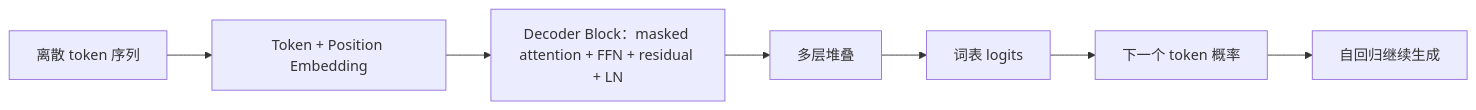
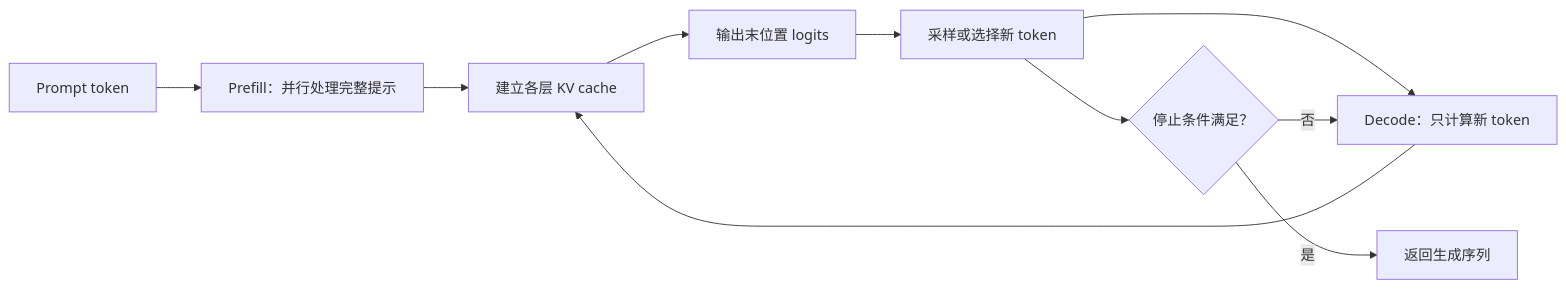
One commit to zhangqian-silk/computer-science changed the second of 2 diagrams in ai/model/gpt.md. Above: the diagram before and after it, drawn with Mermaid. The commit also changed other lines of this file and 52 other files, not shown here.

````diff
--- a/ai/model/gpt.md
+++ b/ai/model/gpt.md
@@ -28,9 +147,12 @@
 ```mermaid
 flowchart LR
-	A["离散 token 序列"] --> B["Token + Position Embedding"]
-	B --> C["Decoder Block：masked attention + FFN + residual + LN"]
-	C --> D["多层堆叠"]
-	D --> E["词表 logits"]
-	E --> F["下一个 token 概率"]
-	F --> G["自回归继续生成"]
+	P["Prompt token"] --> F["Prefill：并行处理完整提示"]
+	F --> K["建立各层 KV cache"]
+	K --> L["输出末位置 logits"]
+	L --> S["采样或选择新 token"]
+	S --> D["Decode：只计算新 token"]
+	D --> K
+	S --> Q{"停止条件满足？"}
+	Q -->|否| D
+	Q -->|是| O["返回生成序列"]
 ```
````
